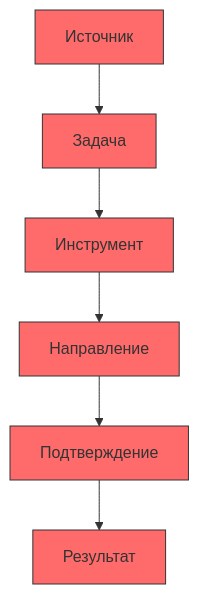
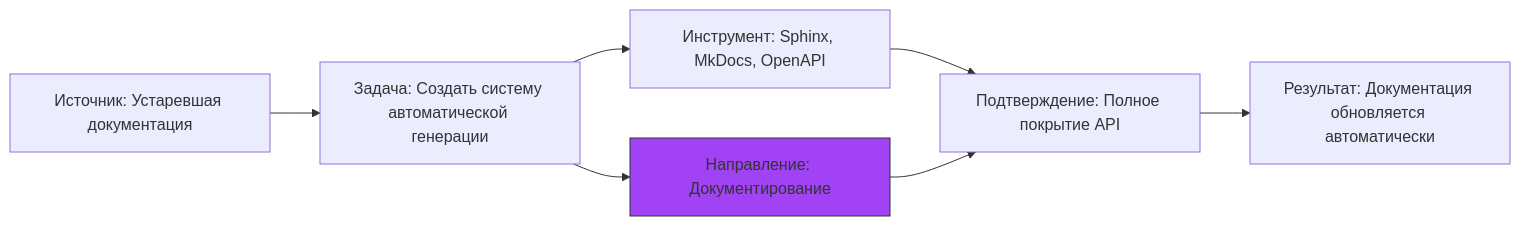
Before and after one commit to Control39/portfolio-system-architect: the fifth of 6 diagrams in docs/visualization/interactive.md, drawn with Mermaid. The commit also changed other lines of this file, not shown here.

Commit message:
feat(reasoning): Implement interactive Mermaid.js visualization with filtering

````diff
--- a/docs/visualization/interactive.md
+++ b/docs/visualization/interactive.md
@@ -38,14 +82,10 @@
 ```mermaid
-graph TD
-    classDef high fill:#ff6b6b,stroke:#333;
-    classDef medium fill:#4ecdc4,stroke:#333;
-    classDef low fill:#45b7d1,stroke:#333;
-    
-    A[Источник] --> B[Задача]
-    B --> C[Инструмент]
-    C --> D[Направление]
-    D --> E[Подтверждение]
-    E --> F[Результат]
-    
-    class A,B,C,D,E,F high;
+graph LR
+    A[Источник: Устаревшая документация] --> B[Задача: Создать систему автоматической генерации]
+    B --> C[Инструмент: Sphinx, MkDocs, OpenAPI]
+    B --> D[Направление: Документирование]
+    C --> E[Подтверждение: Полное покрытие API]
+    D --> E
+    E --> F[Результат: Документация обновляется автоматически]
+    style D fill:#A142F4,stroke:#333
 ```
````
